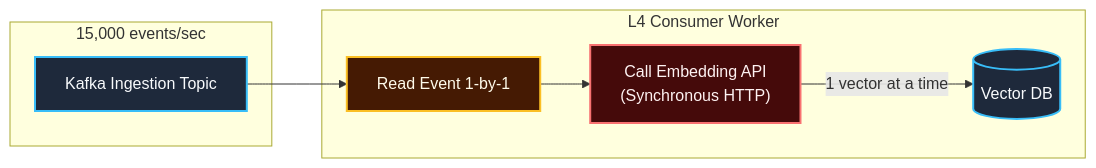
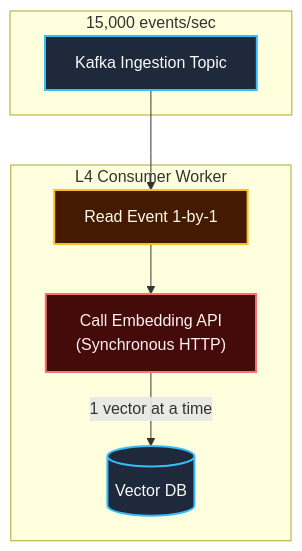
One commit to toanbui626391/data_ai_engineer changed the first of 3 diagrams in questions/05_leveling_deep_dive_ingestion_pipeline.md. Above: the diagram before and after it, drawn with Mermaid. The commit also changed other lines of this file and 5 other files, not shown here.

````diff
--- a/questions/05_leveling_deep_dive_ingestion_pipeline.md
+++ b/questions/05_leveling_deep_dive_ingestion_pipeline.md
@@ -21,21 +21,21 @@
 ```mermaid
-flowchart LR
+flowchart TD
     subgraph Sources ["15,000 events/sec"]
         K["Kafka Ingestion Topic"]
     end
 
     subgraph L4_Worker ["L4 Consumer Worker"]
         C["Read Event 1-by-1"]
         API["Call Embedding API<br/>(Synchronous HTTP)"]
         VDB[("Vector DB")]
 
         K --> C
         C --> API
         API -->|"1 vector at a time"| VDB
     end
 
     style K fill:#1e293b,stroke:#38bdf8,stroke-width:2px,color:#f8fafc
     style C fill:#451a03,stroke:#fbbf24,stroke-width:2px,color:#fffbeb
     style API fill:#450a0a,stroke:#f87171,stroke-width:2px,color:#fef2f2
     style VDB fill:#1e293b,stroke:#38bdf8,stroke-width:2px,color:#f8fafc
 ```
````
